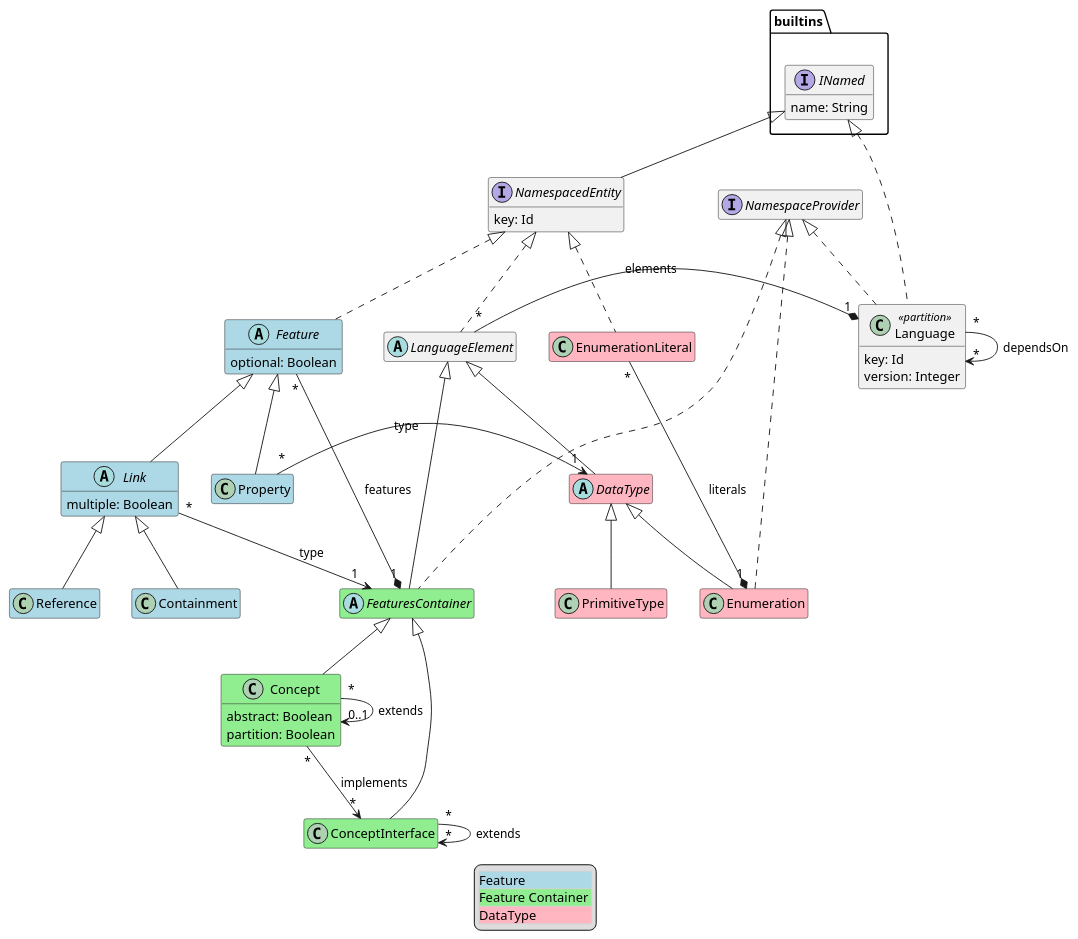
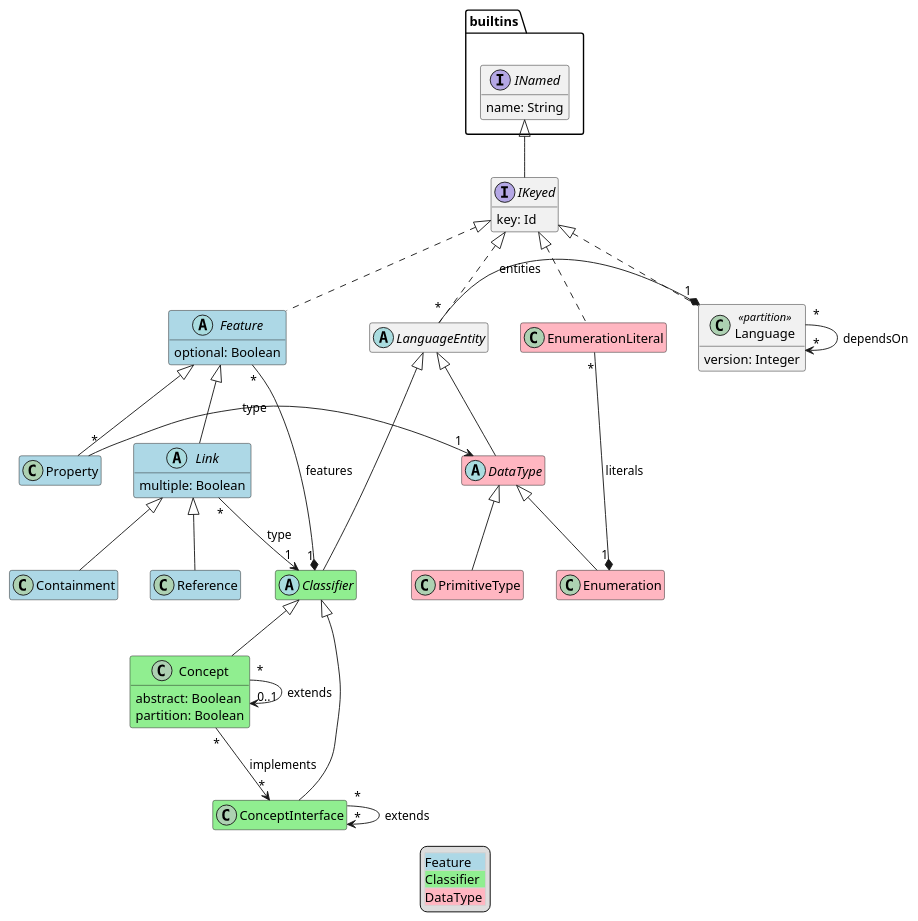
The diagram in lioncore/metametamodel/metametamodel.puml (LionWeb-io/specification), drawn with PlantUML before and after one commit. The commit also changed 5 other files, not shown here.

```diff
--- a/lioncore/metametamodel/metametamodel.puml
+++ b/lioncore/metametamodel/metametamodel.puml
@@ -1,79 +1,74 @@
 @startuml
 hide empty members
 
 package builtins {
   interface builtins.INamed {
     name: String
   }
 }
 
-class Concept #LightGreen extends FeaturesContainer {
+class Concept #LightGreen extends Classifier {
   abstract: Boolean
   partition: Boolean
 }
 
-class ConceptInterface #LightGreen extends FeaturesContainer
+class ConceptInterface #LightGreen extends Classifier
 
 class Containment #LightBlue extends Link
 
-abstract class DataType #LightPink extends LanguageElement
+abstract class DataType #LightPink extends LanguageEntity
 
-class Enumeration #LightPink extends DataType implements NamespaceProvider
+class Enumeration #LightPink extends DataType
 
-class EnumerationLiteral #LightPink implements NamespacedEntity
+class EnumerationLiteral #LightPink implements IKeyed
 
-abstract class Feature #LightBlue implements NamespacedEntity {
+abstract class Feature #LightBlue implements IKeyed {
   optional: Boolean
 }
 
-abstract class FeaturesContainer #LightGreen extends LanguageElement implements NamespaceProvider {
-}
+abstract class Classifier #LightGreen extends LanguageEntity
 
 abstract class Link #LightBlue extends Feature {
   multiple: Boolean
 }
 
-class Language <<partition>> implements NamespaceProvider, builtins.INamed {
-  key: Id
+class Language <<partition>> implements IKeyed {
   version: Integer
 }
 
-abstract class LanguageElement implements NamespacedEntity
+abstract class LanguageEntity implements IKeyed
 
-interface NamespacedEntity extends builtins.INamed {
+interface IKeyed extends builtins.INamed {
   key: Id
-}
-
-interface NamespaceProvider {
 }
 
 class PrimitiveType #LightPink extends DataType
 
 class Property #LightBlue extends Feature
 
 class Reference #LightBlue extends Link
 
 ' relations:
 
 Concept "*" -> "0..1" Concept: extends
 Concept "*" --> "*" ConceptInterface: implements
 
 ConceptInterface "*" --> "*" ConceptInterface: extends
 
 EnumerationLiteral "*" -* "1" Enumeration : literals
 
-Feature "*" -* "1" FeaturesContainer: features
+Feature "*" -* "1" Classifier: features
 
-Link "*" --> "1" FeaturesContainer: type
+Link "*" --> "1" Classifier: type
 
 Language "*" --> "*" Language: dependsOn
-LanguageElement "*" -* "1" Language: elements
+LanguageEntity "*" -* "1" Language: entities
 
 Property "*" -> "1" DataType: type
 
 legend
   <#LightGray,#LightGray>| <#LightBlue>Feature |
-  | <#LightGreen>Feature Container |
+  | <#LightGreen>Classifier |
   | <#LightPink>DataType |
 end legend
 @enduml
```
